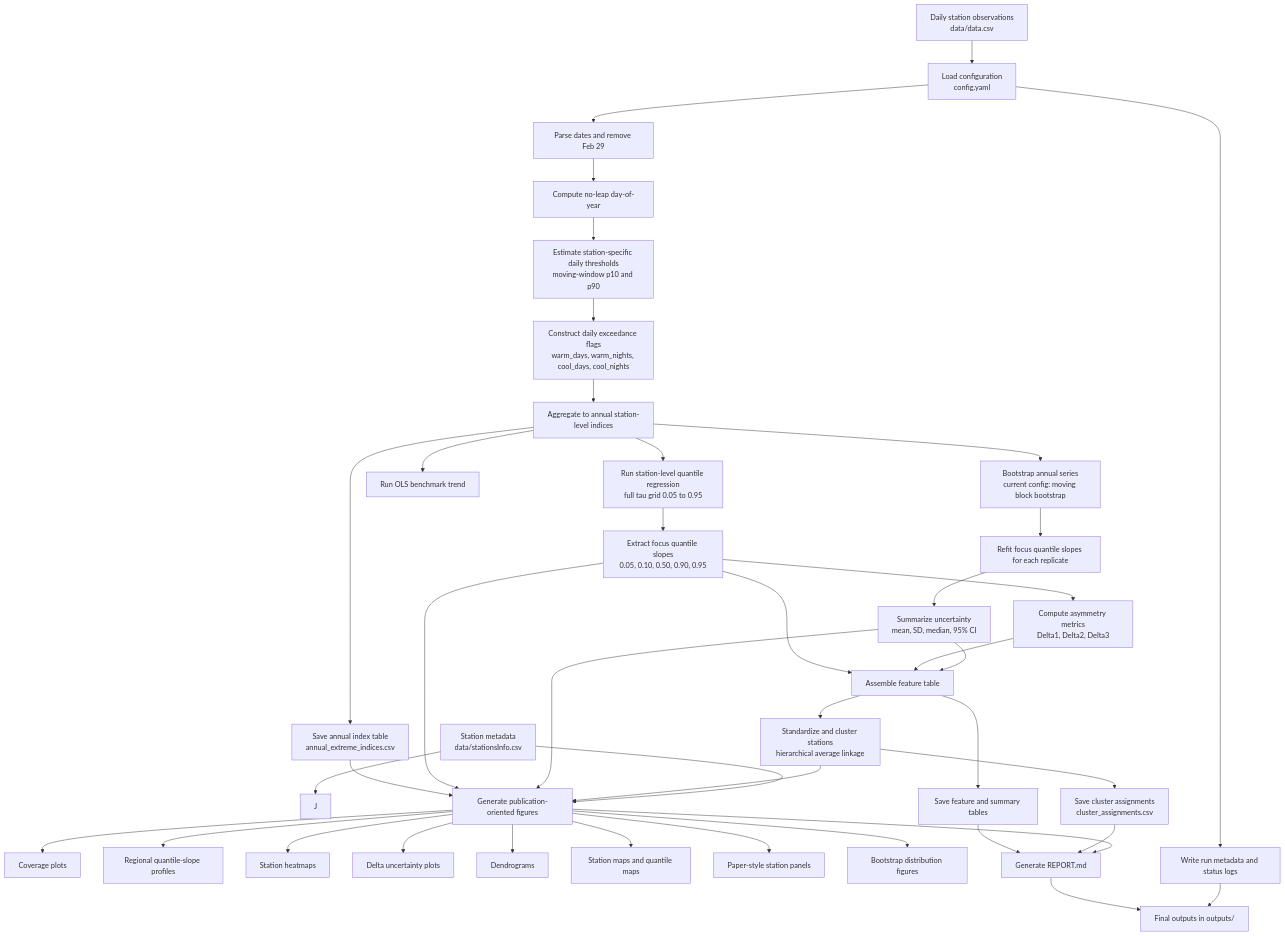
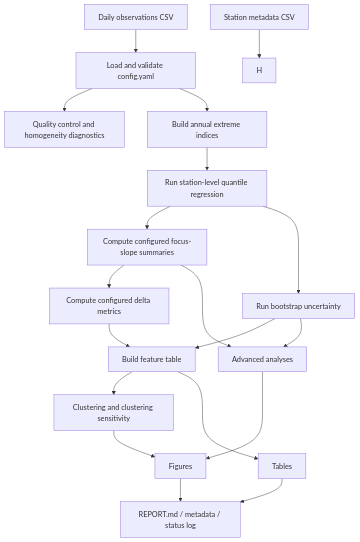
Before and after one commit to hydrocodeir/PaperBarbosaFanLiJun: the diagram in README.md, drawn with Mermaid. The commit also changed other lines of this file and 1 other file, not shown here.

````diff
--- a/README.md
+++ b/README.md
@@ -32,50 +85,21 @@
 ```mermaid
 flowchart TD
-    A[Daily station observations<br/>data/data.csv] --> B[Load configuration<br/>config.yaml]
-    C[Station metadata<br/>data/stationsInfo.csv] --> J
-    B --> D[Parse dates and remove Feb 29]
-    D --> E[Compute no-leap day-of-year]
-    E --> F[Estimate station-specific daily thresholds<br/>moving-window p10 and p90]
-    F --> G[Construct daily exceedance flags<br/>warm_days, warm_nights, cool_days, cool_nights]
-    G --> H[Aggregate to annual station-level indices]
-    H --> I[Save annual index table<br/>annual_extreme_indices.csv]
-
-    H --> K[Run station-level quantile regression<br/>full tau grid 0.05 to 0.95]
-    H --> L[Run OLS benchmark trend]
-    K --> M[Extract focus quantile slopes<br/>0.05, 0.10, 0.50, 0.90, 0.95]
-    M --> N[Compute asymmetry metrics<br/>Delta1, Delta2, Delta3]
-
-    H --> O[Bootstrap annual series<br/>current config: moving block bootstrap]
-    O --> P[Refit focus quantile slopes for each replicate]
-    P --> Q[Summarize uncertainty<br/>mean, SD, median, 95% CI]
-
-    M --> R[Assemble feature table]
-    N --> R
-    Q --> R
-    R --> S[Standardize and cluster stations<br/>hierarchical average linkage]
-    S --> T[Save cluster assignments<br/>cluster_assignments.csv]
-    R --> U[Save feature and summary tables]
-
-    I --> V[Generate publication-oriented figures]
-    M --> V
-    Q --> V
-    S --> V
-    C --> V
-
-    V --> W[Coverage plots]
-    V --> X[Regional quantile-slope profiles]
-    V --> Y[Station heatmaps]
-    V --> Z[Delta uncertainty plots]
-    V --> AA[Dendrograms]
-    V --> AB[Station maps and quantile maps]
-    V --> AC[Paper-style station panels]
-    V --> AD[Bootstrap distribution figures]
-
-    U --> AE[Generate REPORT.md]
-    T --> AE
-    V --> AE
-
-    B --> AF[Write run metadata and status logs]
-    AE --> AG[Final outputs in outputs/]
-    AF --> AG
+    A[Daily observations CSV] --> B[Load and validate config.yaml]
+    C[Station metadata CSV] --> H
+    B --> D[Quality control and homogeneity diagnostics]
+    B --> E[Build annual extreme indices]
+    E --> F[Run station-level quantile regression]
+    F --> G[Compute configured focus-slope summaries]
+    G --> I[Compute configured delta metrics]
+    F --> J[Run bootstrap uncertainty]
+    I --> K[Build feature table]
+    J --> K
+    K --> L[Clustering and clustering sensitivity]
+    G --> M[Advanced analyses]
+    J --> M
+    L --> N[Figures]
+    M --> N
+    K --> O[Tables]
+    N --> P[REPORT.md / metadata / status log]
+    O --> P
 ```
````
